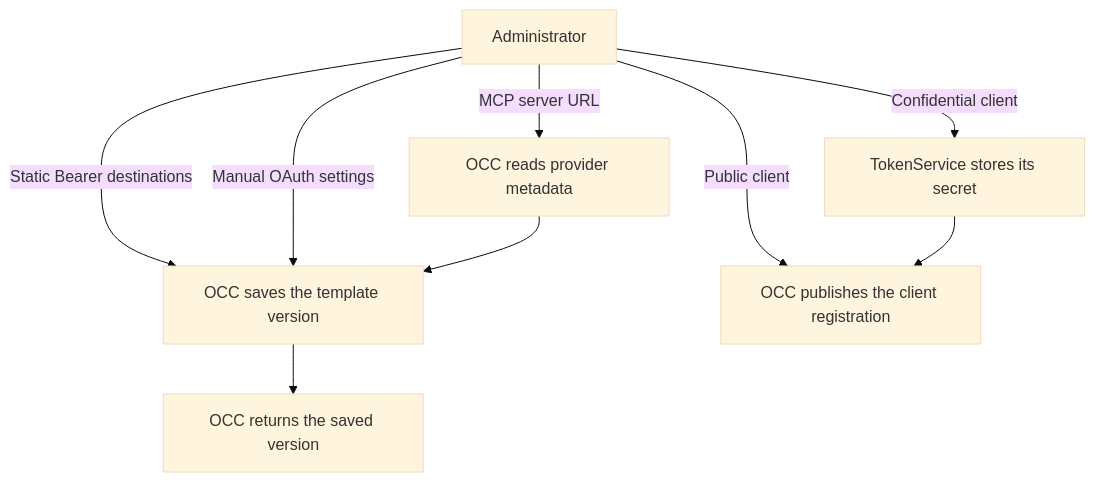
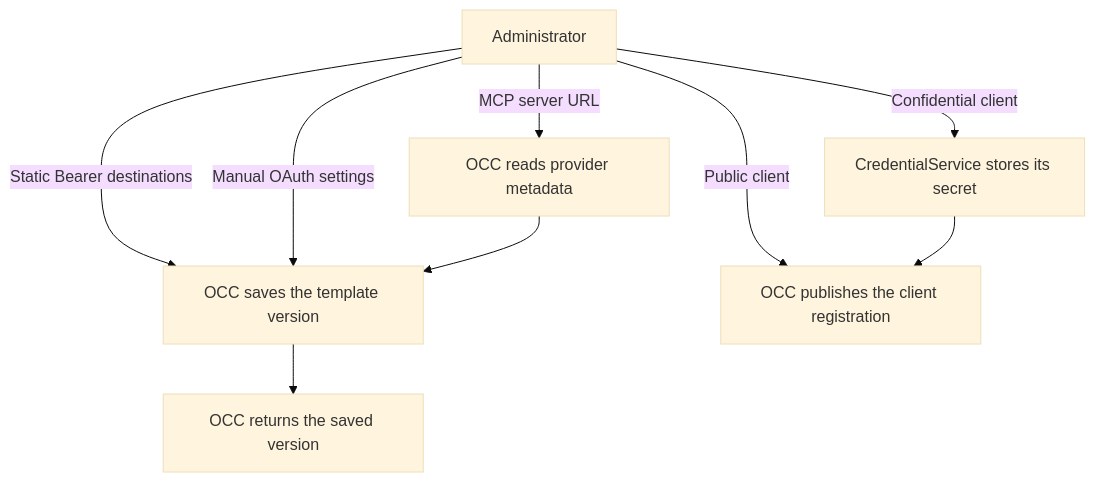
One commit to openclaw/openclaw-enterprise changed the first of 2 diagrams in docs/flows/connection-templates.md. Above: the diagram before and after it, drawn with Mermaid (base theme). The commit also changed other lines of this file and 418 other files, not shown here.

Commit message:
Rename credential custody owner to CredentialService

````diff
--- a/docs/flows/connection-templates.md
+++ b/docs/flows/connection-templates.md
@@ -22,11 +22,11 @@
 ```mermaid
 graph TD
   Admin["Administrator"] -->|Static Bearer destinations| Version["OCC saves the template version"]
   Admin -->|Manual OAuth settings| Version
   Admin -->|MCP server URL| Discovery["OCC reads provider metadata"]
   Discovery --> Version
   Version --> Saved["OCC returns the saved version"]
-  Admin -->|Confidential client| Secret["TokenService stores its secret"]
+  Admin -->|Confidential client| Secret["CredentialService stores its secret"]
   Admin -->|Public client| Publish["OCC publishes the client registration"]
   Secret --> Publish
 ```
````
